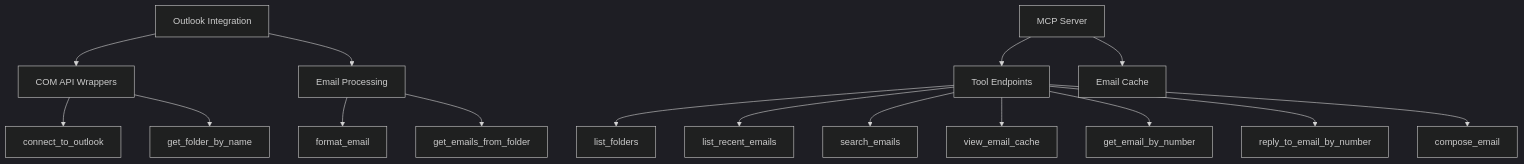
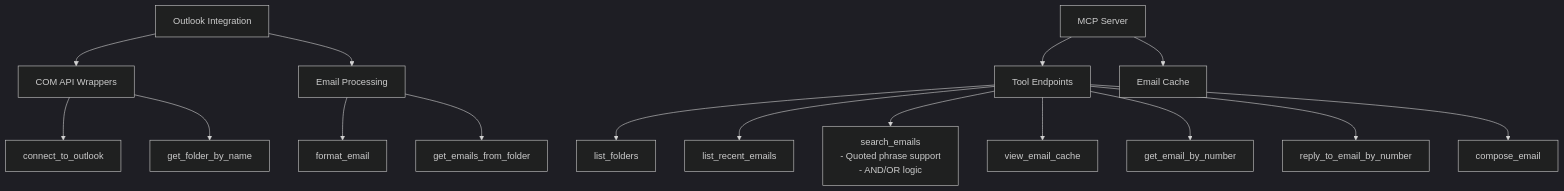
One commit to marlonluo2018/outlook-mcp-server changed the diagram in outlook_mcp_server_review.md. Above: the diagram before and after it, drawn with Mermaid (dark theme). The commit also changed other lines of this file and 3 other files, not shown here.

````diff
--- a/outlook_mcp_server_review.md
+++ b/outlook_mcp_server_review.md
@@ -6,21 +6,21 @@
 ```mermaid
 graph TD
     A[Outlook Integration] --> B[COM API Wrappers]
     A --> C[Email Processing]
     D[MCP Server] --> E[Tool Endpoints]
     D --> F[Email Cache]
     
     B --> B1[connect_to_outlook]
     B --> B2[get_folder_by_name]
     
     C --> C1[format_email]
     C --> C2[get_emails_from_folder]
     
     E --> E1[list_folders]
     E --> E2[list_recent_emails]
-    E --> E3[search_emails]
+    E --> E3[search_emails<br/>- Quoted phrase support<br/>- AND/OR logic]
     E --> E4[view_email_cache]
     E --> E5[get_email_by_number]
     E --> E6[reply_to_email_by_number]
     E --> E7[compose_email]
 ```
````
